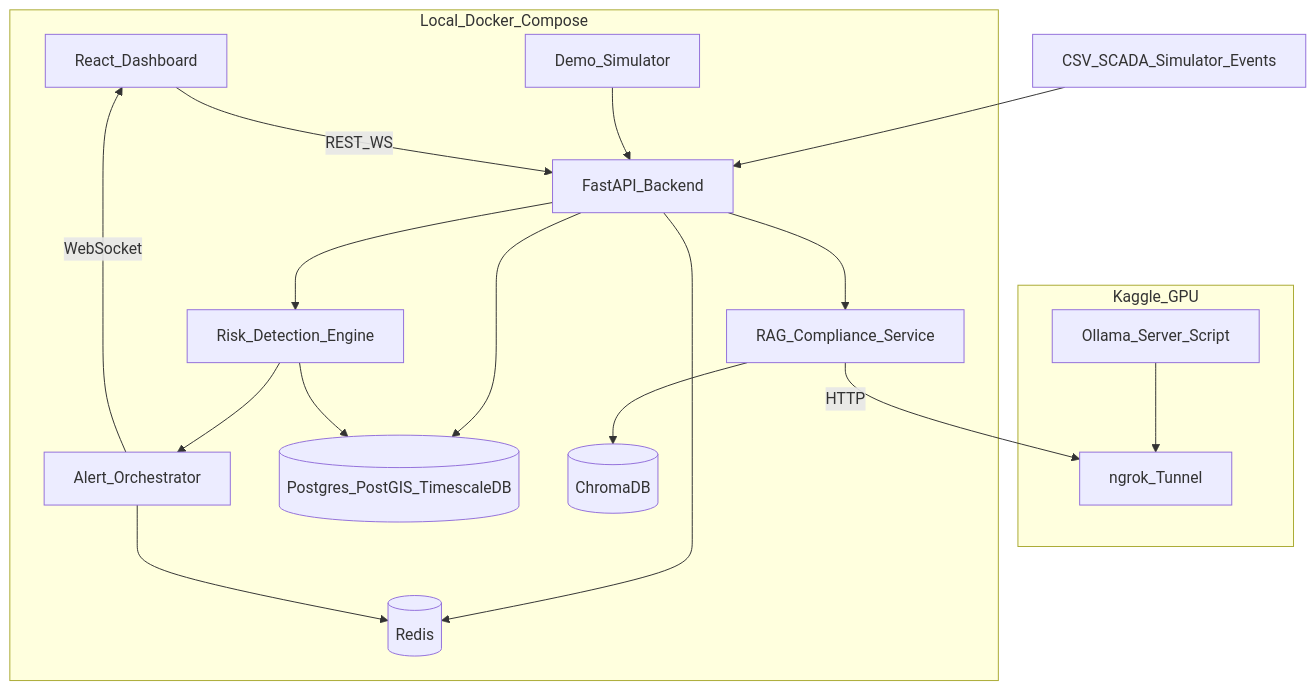
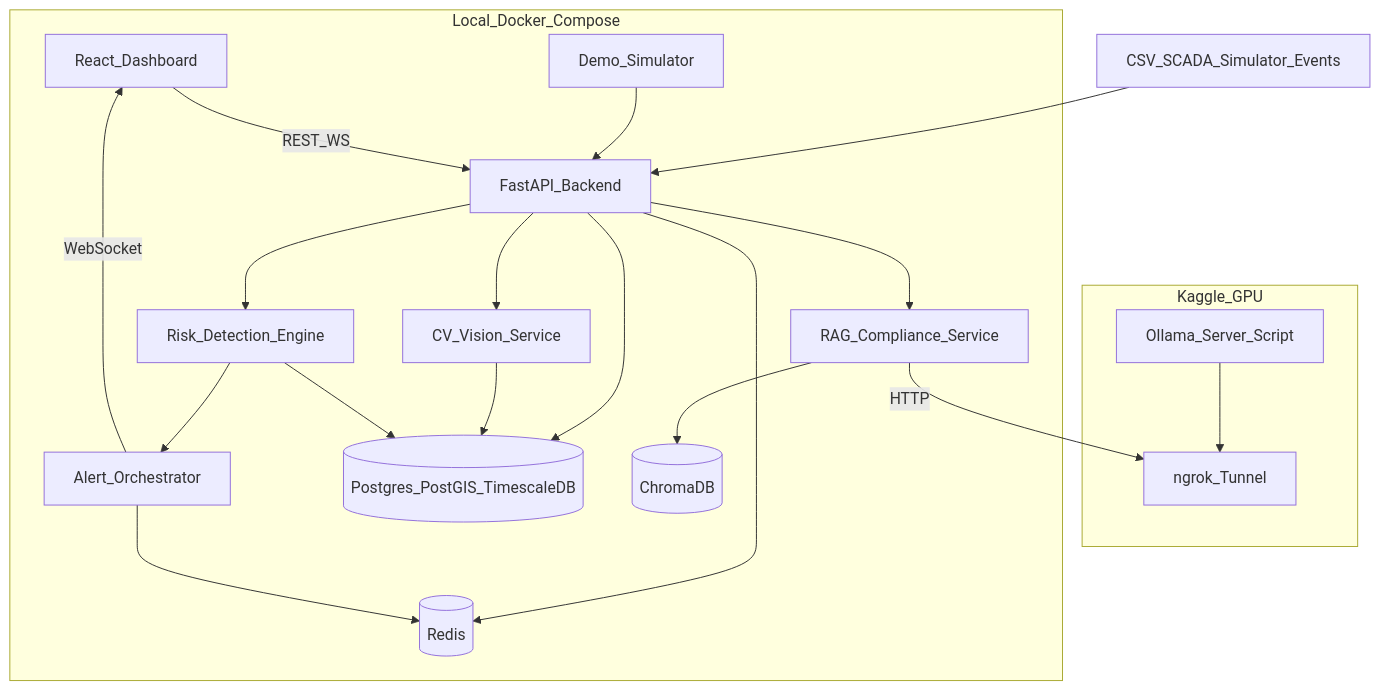
Before and after one commit to kartikeyp011/PRISM: the first of 3 diagrams in docs/architecture.md, drawn with Mermaid. The commit also changed other lines of this file and 15 other files, not shown here.

````diff
--- a/docs/architecture.md
+++ b/docs/architecture.md
@@ -19,34 +19,37 @@
 ```mermaid
 flowchart TB
     subgraph kaggle [Kaggle_GPU]
         KaggleScript[Ollama_Server_Script]
         NgrokTunnel[ngrok_Tunnel]
         KaggleScript --> NgrokTunnel
     end
 
     subgraph local [Local_Docker_Compose]
         Frontend[React_Dashboard]
         API[FastAPI_Backend]
         Simulator[Demo_Simulator]
         RiskEngine[Risk_Detection_Engine]
         AlertOrch[Alert_Orchestrator]
         RAG[RAG_Compliance_Service]
+        CV[CV_Vision_Service]
         Redis[(Redis)]
         PG[(Postgres_PostGIS_TimescaleDB)]
         Chroma[(ChromaDB)]
     end
 
     IoT[CSV_SCADA_Simulator_Events] --> API
     Simulator --> API
     Frontend -->|REST_WS| API
     API --> PG
     API --> Redis
     API --> RiskEngine
     RiskEngine --> AlertOrch
     AlertOrch --> Redis
     AlertOrch -->|WebSocket| Frontend
     RAG --> Chroma
     RAG -->|HTTP| NgrokTunnel
     API --> RAG
+    API --> CV
+    CV --> PG
     RiskEngine --> PG
 ```
````
